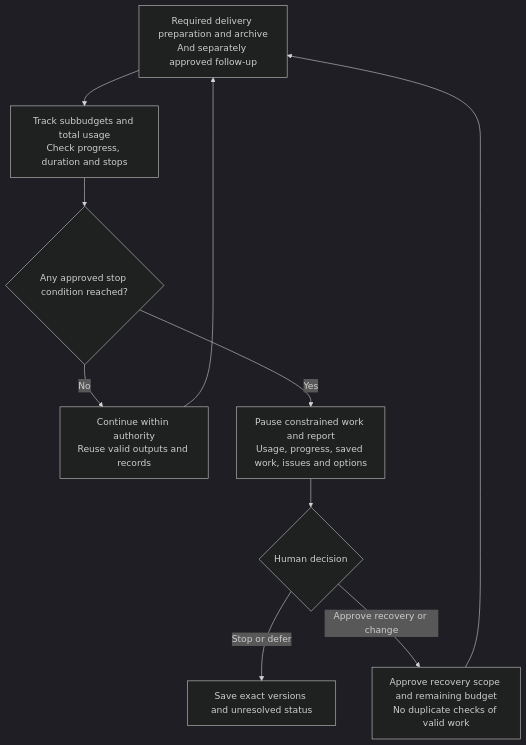
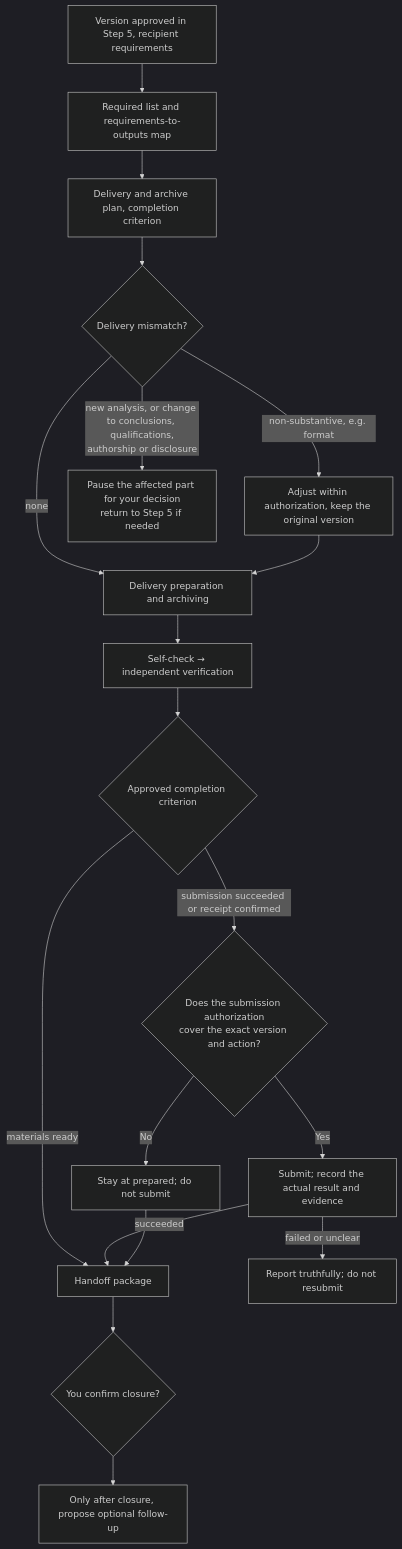
The diagram in en/docs/step-6.md (reinafeng2006/research-workflow), drawn with Mermaid (dark theme) before and after one commit. The commit also changed other lines of this file and 29 other files, not shown here.

````diff
--- a/en/docs/step-6.md
+++ b/en/docs/step-6.md
@@ -152,20 +15,21 @@
 ```mermaid
 flowchart TD
-    WORK["Required delivery preparation and archive<br/>And separately approved follow-up"]
-    TRACK["Track subbudgets and total usage<br/>Check progress, duration and stops"]
-    CHECK{"Any approved stop condition reached?"}
-    CONT["Continue within authority<br/>Reuse valid outputs and records"]
-    PAUSE["Pause constrained work and report<br/>Usage, progress, saved work, issues and options"]
-    HUMAN{"Human decision"}
-    SAVE["Save exact versions and unresolved status"]
-    RESUME["Approve recovery scope and remaining budget<br/>No duplicate checks of valid work"]
-    WORK --> TRACK
-    TRACK --> CHECK
-    CHECK -->|No| CONT
-    CONT --> WORK
-    CHECK -->|Yes| PAUSE
-    PAUSE --> HUMAN
-    HUMAN -->|Stop or defer| SAVE
-    HUMAN -->|Approve recovery or change| RESUME
-    RESUME --> WORK
+    IN["Version approved in Step 5, recipient requirements"] --> REQ["Required list and requirements-to-outputs map"]
+    REQ --> PLAN["Delivery and archive plan, completion criterion"]
+    PLAN --> GAP{"Delivery mismatch?"}
+    GAP -->|non-substantive, e.g. format| FIX["Adjust within authorization, keep the original version"]
+    GAP -->|new analysis, or change to conclusions, qualifications,<br/>authorship or disclosure| ASK["Pause the affected part for your decision<br/>return to Step 5 if needed"]
+    GAP -->|none| PREP
+    FIX --> PREP["Delivery preparation and archiving"]
+    PREP --> VER["Self-check → independent verification"]
+    VER --> CR{"Approved completion criterion"}
+    CR -->|materials ready| PKG["Handoff package"]
+    CR -->|submission succeeded or receipt confirmed| SA{"Does the submission authorization<br/>cover the exact version and action?"}
+    SA -->|No| WAIT["Stay at prepared; do not submit"]
+    SA -->|Yes| SUB["Submit; record the actual result and evidence"]
+    SUB -->|failed or unclear| REP["Report truthfully; do not resubmit"]
+    SUB -->|succeeded| PKG
+    WAIT --> PKG
+    PKG --> CLOSE{"You confirm closure?"}
+    CLOSE --> OPT["Only after closure, propose optional follow-up"]
 ```
````
